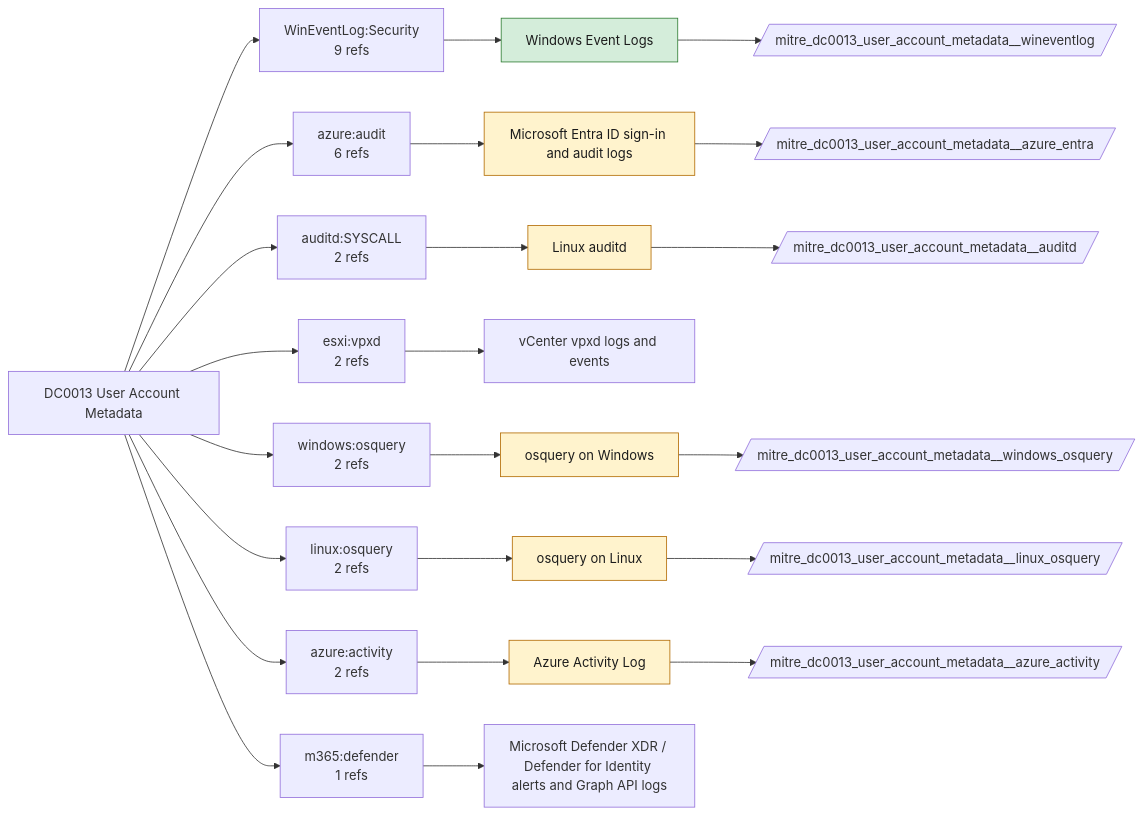
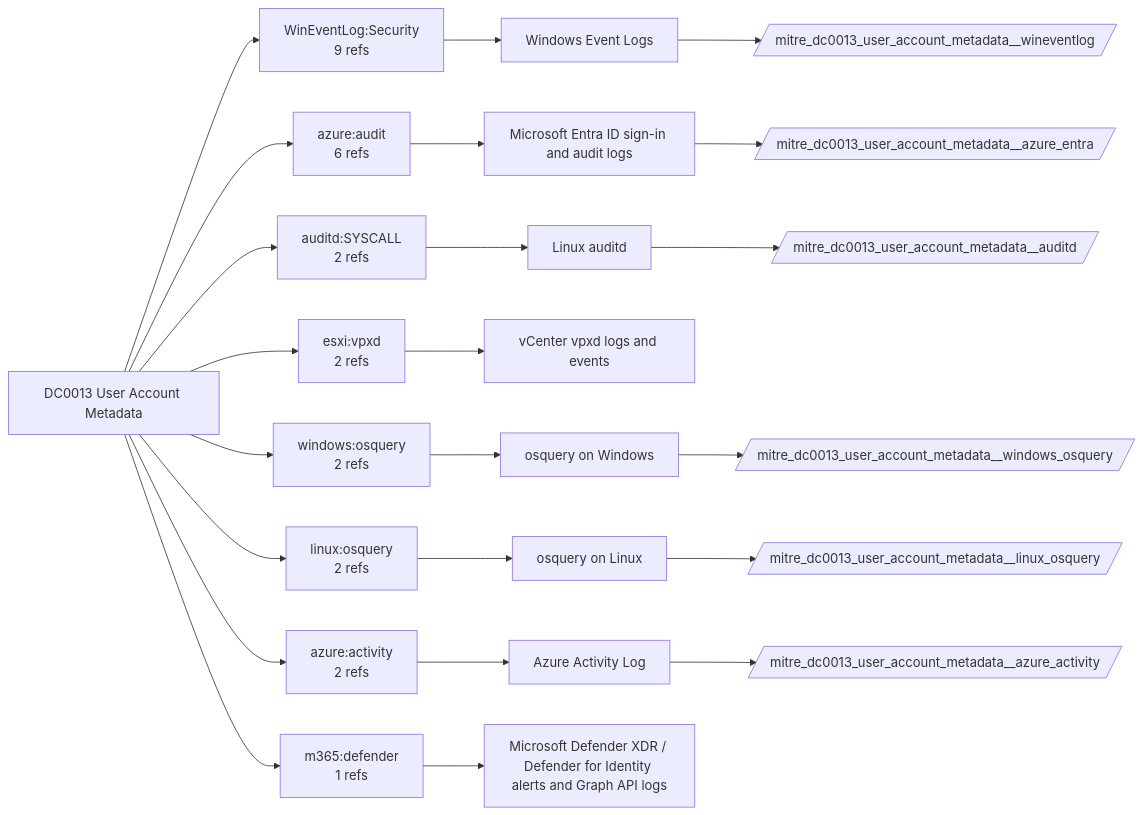
The diagram in docs/data-components/DC0013-user-account-metadata.md (dev-nobytes-io/mitre-defensive-mappings-spl), drawn with Mermaid before and after one commit. The commit also changed other lines of this file and 366 other files, not shown here.

````diff
--- a/docs/data-components/DC0013-user-account-metadata.md
+++ b/docs/data-components/DC0013-user-account-metadata.md
@@ -19,42 +19,34 @@
 ```mermaid
 flowchart LR
   DC["DC0013 User Account Metadata"]
   DC --> LS0["WinEventLog:Security<br/>9 refs"]
   F_wineventlog["Windows Event Logs"]
   LS0 --> F_wineventlog
   DC --> LS1["azure:audit<br/>6 refs"]
   F_azure_entra["Microsoft Entra ID sign-in and audit logs"]
   LS1 --> F_azure_entra
   DC --> LS2["auditd:SYSCALL<br/>2 refs"]
   F_auditd["Linux auditd"]
   LS2 --> F_auditd
   DC --> LS3["esxi:vpxd<br/>2 refs"]
   F_vcenter["vCenter vpxd logs and events"]
   LS3 --> F_vcenter
   DC --> LS4["windows:osquery<br/>2 refs"]
   F_windows_osquery["osquery on Windows"]
   LS4 --> F_windows_osquery
   DC --> LS5["linux:osquery<br/>2 refs"]
   F_linux_osquery["osquery on Linux"]
   LS5 --> F_linux_osquery
   DC --> LS6["azure:activity<br/>2 refs"]
   F_azure_activity["Azure Activity Log"]
   LS6 --> F_azure_activity
   DC --> LS7["m365:defender<br/>1 refs"]
   F_m365_defender["Microsoft Defender XDR / Defender for Identity alerts and Graph API logs"]
   LS7 --> F_m365_defender
+  F_auditd --> ET_auditd[/"mitre_dc0013_user_account_metadata__auditd"/]
+  F_azure_activity --> ET_azure_activity[/"mitre_dc0013_user_account_metadata__azure_activity"/]
+  F_azure_entra --> ET_azure_entra[/"mitre_dc0013_user_account_metadata__azure_entra"/]
+  F_linux_osquery --> ET_linux_osquery[/"mitre_dc0013_user_account_metadata__linux_osquery"/]
+  F_windows_osquery --> ET_windows_osquery[/"mitre_dc0013_user_account_metadata__windows_osquery"/]
   F_wineventlog --> ET_wineventlog[/"mitre_dc0013_user_account_metadata__wineventlog"/]
-  class F_wineventlog live
-  F_auditd --> ET_auditd[/"mitre_dc0013_user_account_metadata__auditd"/]
-  class F_auditd ready
-  F_azure_activity --> ET_azure_activity[/"mitre_dc0013_user_account_metadata__azure_activity"/]
-  class F_azure_activity ready
-  F_azure_entra --> ET_azure_entra[/"mitre_dc0013_user_account_metadata__azure_entra"/]
-  class F_azure_entra ready
-  F_linux_osquery --> ET_linux_osquery[/"mitre_dc0013_user_account_metadata__linux_osquery"/]
-  class F_linux_osquery ready
-  F_windows_osquery --> ET_windows_osquery[/"mitre_dc0013_user_account_metadata__windows_osquery"/]
-  class F_windows_osquery ready
-  classDef live fill:#d4edda,stroke:#2e7d32,color:#1b1b1b
-  classDef ready fill:#fff3cd,stroke:#b26a00,color:#1b1b1b
 ```
````
